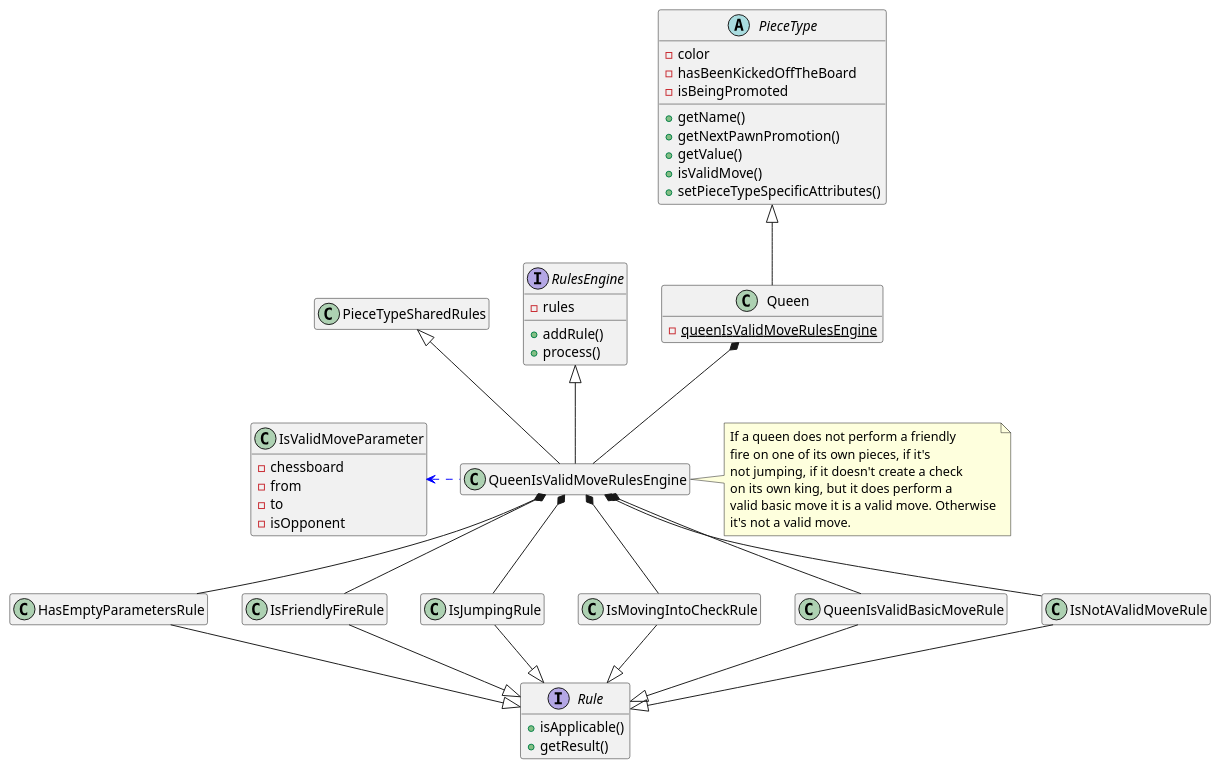
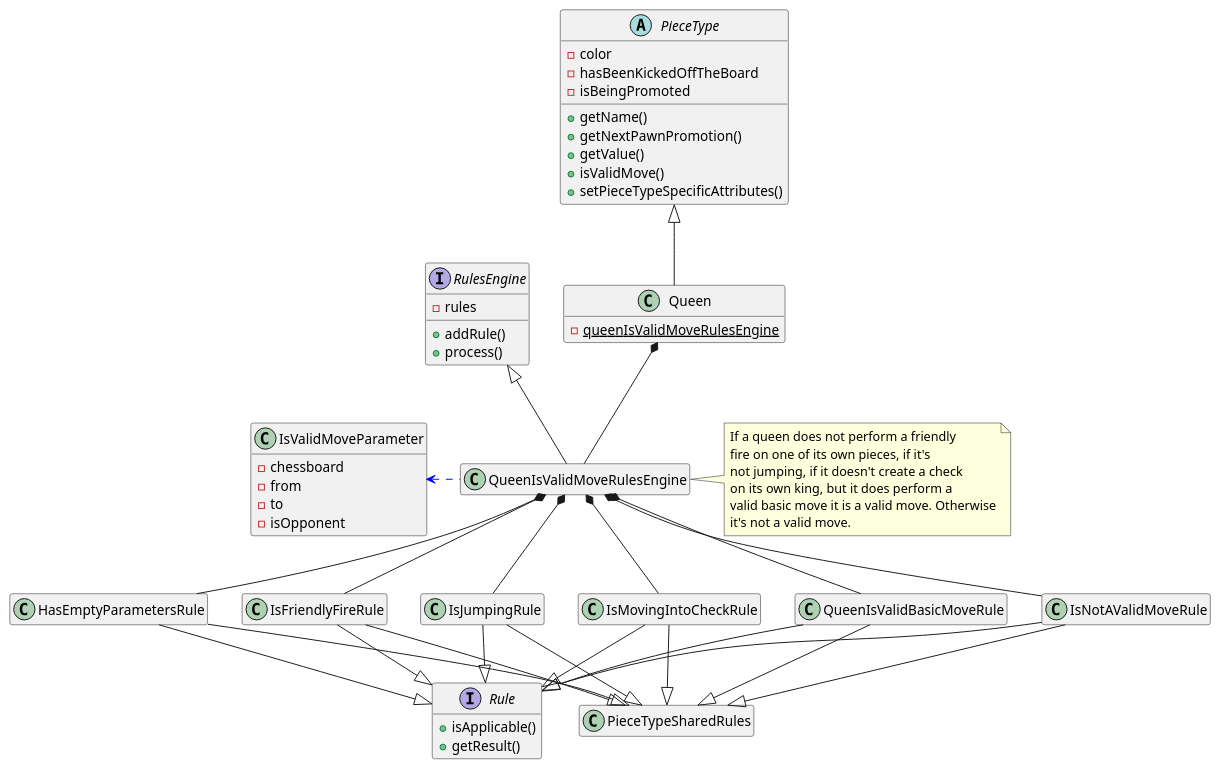
The diagram in game/src/main/resources/uml/queen.puml (tiktaalick/chess-with-database), drawn with PlantUML before and after one commit. The commit also changed 6 other files, not shown here.

Commit message:
Small changes to the class diagrams.

```diff
--- a/game/src/main/resources/uml/queen.puml
+++ b/game/src/main/resources/uml/queen.puml
@@ -1,77 +1,85 @@
 @startuml
 
 '--------------'
 'Hidden members'
 '--------------'
 hide empty members
 
 '----'
 'Move'
 '----'
 abstract class PieceType {
     - color
     - hasBeenKickedOffTheBoard
     - isBeingPromoted
     + getName()
     + getNextPawnPromotion()
     + getValue()
     + isValidMove()
     + setPieceTypeSpecificAttributes()
 }
 
 class Queen {
     - {static} queenIsValidMoveRulesEngine
 }
 
 class IsValidMoveParameter {
     - chessboard
     - from
     - to
     - isOpponent
 }
 
 interface RulesEngine {
     - rules
     + addRule()
     + process()
 }
 
 interface Rule {
     + isApplicable()
     + getResult()
 }
 
 '---------'
 'Relations'
 '---------'
 PieceType <|-down- Queen
 Queen *-- QueenIsValidMoveRulesEngine
 QueenIsValidMoveRulesEngine -up-|> RulesEngine
-QueenIsValidMoveRulesEngine -up-|> PieceTypeSharedRules
 QueenIsValidMoveRulesEngine .left[#blue].> IsValidMoveParameter
+
 HasEmptyParametersRule -up-* QueenIsValidMoveRulesEngine
 IsFriendlyFireRule -up-* QueenIsValidMoveRulesEngine
 IsJumpingRule -up-* QueenIsValidMoveRulesEngine
 IsMovingIntoCheckRule -up-* QueenIsValidMoveRulesEngine
 QueenIsValidBasicMoveRule -up-* QueenIsValidMoveRulesEngine
 IsNotAValidMoveRule -up-* QueenIsValidMoveRulesEngine
+
 HasEmptyParametersRule --|> Rule
 IsFriendlyFireRule --|> Rule
 IsJumpingRule --|> Rule
 IsMovingIntoCheckRule --|> Rule
 QueenIsValidBasicMoveRule --|> Rule
 IsNotAValidMoveRule --|> Rule
+
+HasEmptyParametersRule -down-|> PieceTypeSharedRules
+IsFriendlyFireRule -down-|> PieceTypeSharedRules
+IsJumpingRule --|> PieceTypeSharedRules
+IsMovingIntoCheckRule -down-|> PieceTypeSharedRules
+QueenIsValidBasicMoveRule -down-|> PieceTypeSharedRules
+IsNotAValidMoveRule -down-|> PieceTypeSharedRules
 
 '-----'
 'Notes'
 '-----'
 note right of QueenIsValidMoveRulesEngine {
     If a queen does not perform a friendly
     fire on one of its own pieces, if it's
     not jumping, if it doesn't create a check
     on its own king, but it does perform a
     valid basic move it is a valid move. Otherwise
     it's not a valid move.
 }
 
 @enduml
```
